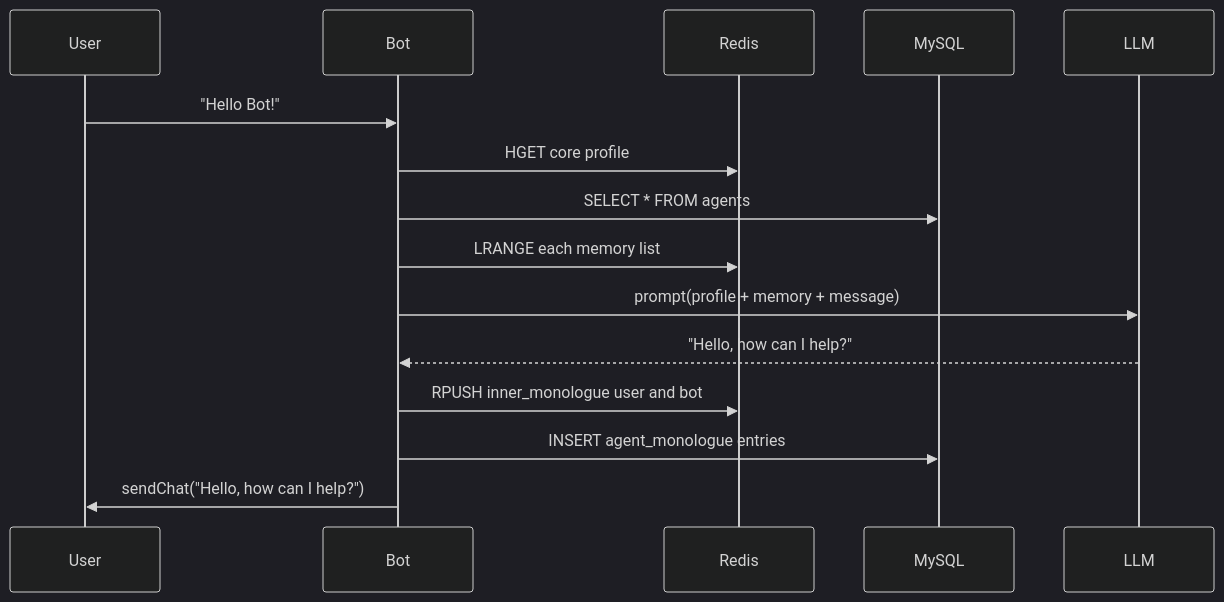
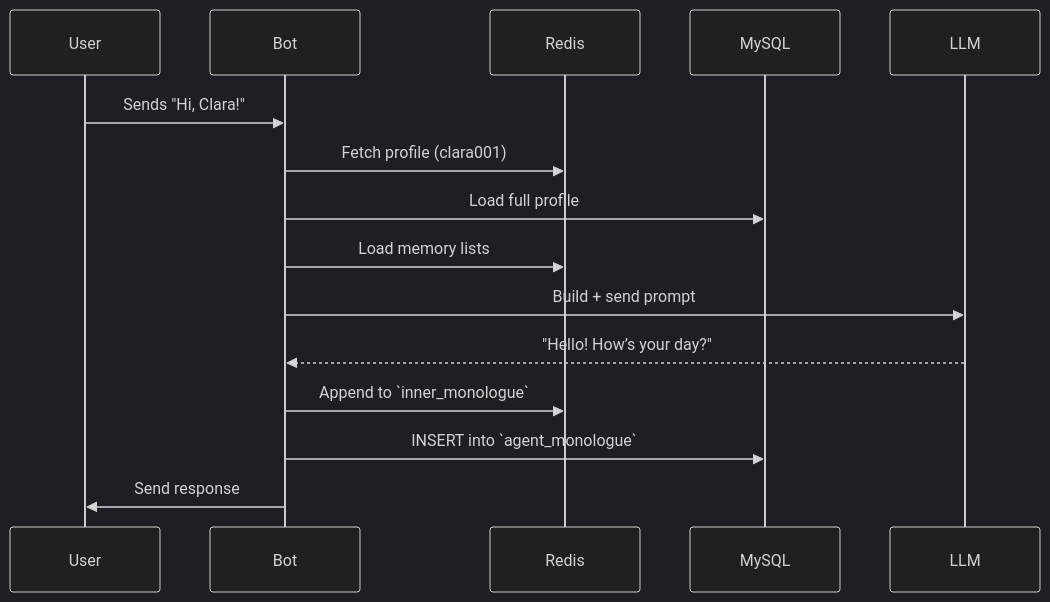
Before and after one commit to MaliosDark/Satellite-HB-C1: the first of 5 diagrams in README.md, drawn with Mermaid (dark theme). The commit also changed other lines of this file and 2 other files, not shown here.

````diff
--- a/README.md
+++ b/README.md
@@ -96,18 +144,18 @@
 ```mermaid
 sequenceDiagram
   participant User
   participant Bot
   participant Redis
   participant MySQL
   participant LLM
 
-  User->>Bot: "Hello Bot!"
-  Bot->>Redis: HGET core profile
-  Bot->>MySQL: SELECT * FROM agents
-  Bot->>Redis: LRANGE each memory list
-  Bot->>LLM: prompt(profile + memory + message)
-  LLM-->>Bot: "Hello, how can I help?"
-  Bot->>Redis: RPUSH inner_monologue user and bot
-  Bot->>MySQL: INSERT agent_monologue entries
-  Bot->>User: sendChat("Hello, how can I help?")
+  User->>Bot: Sends "Hi, Clara!"
+  Bot->>Redis: Fetch profile (clara001)
+  Bot->>MySQL: Load full profile
+  Bot->>Redis: Load memory lists
+  Bot->>LLM: Build + send prompt
+  LLM-->>Bot: "Hello! How’s your day?"
+  Bot->>Redis: Append to `inner_monologue`
+  Bot->>MySQL: INSERT into `agent_monologue`
+  Bot->>User: Send response
 ```
````
